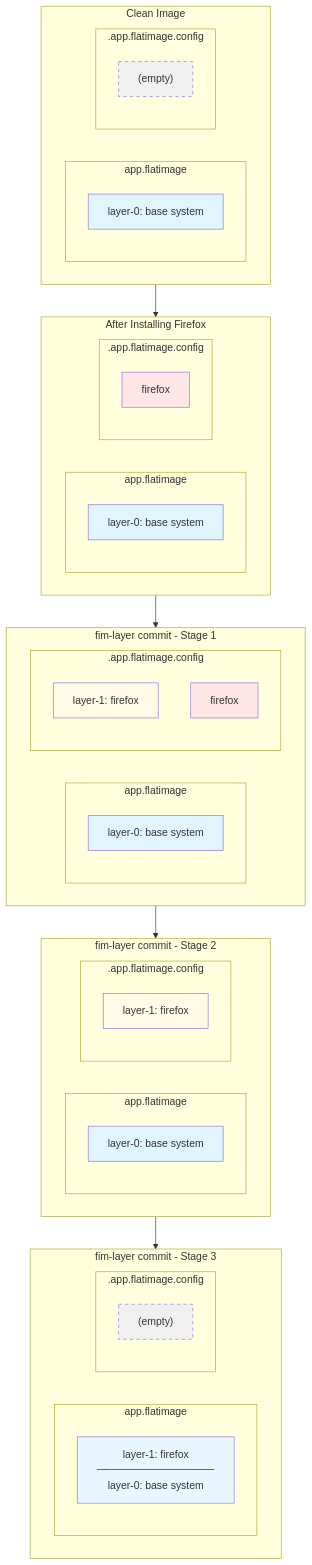
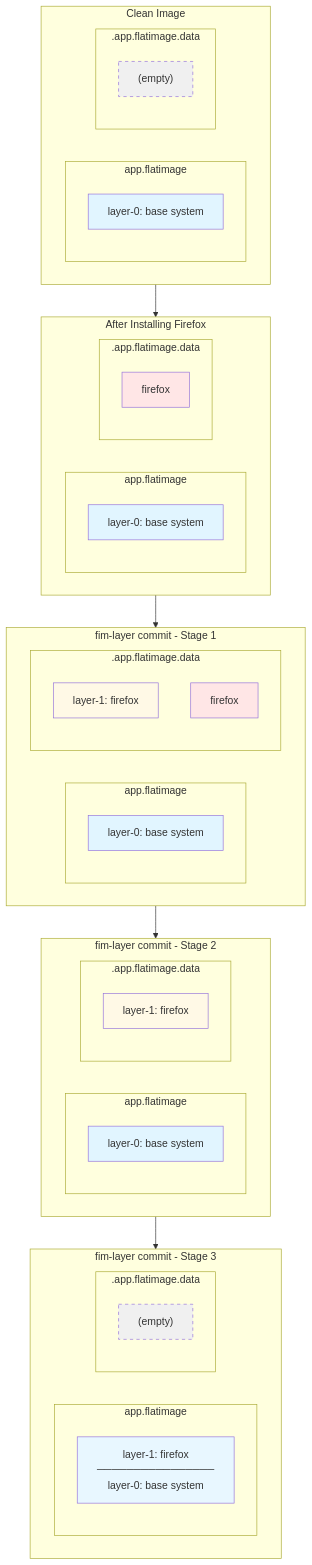
One commit to flatimage/flatimage changed the diagram in doc/mkdocs/docs/cmd/layer.md. Above: the diagram before and after it, drawn with Mermaid. The commit also changed other lines of this file and 20 other files, not shown here.

Commit message:
docs(mkdocs): New architecture details and zoomable diagrams

````diff
--- a/doc/mkdocs/docs/cmd/layer.md
+++ b/doc/mkdocs/docs/cmd/layer.md
@@ -110,71 +110,71 @@
 ```mermaid
 flowchart TD
     subgraph T1["Clean Image"]
         direction LR
         subgraph Binary1["app.flatimage"]
             L0_1["layer-0: base system"]
         end
-        subgraph Config1[".app.flatimage.config"]
+        subgraph Config1[".app.flatimage.data"]
             Empty1["(empty)"]
         end
     end
 
     subgraph T2["After Installing Firefox"]
         direction LR
         subgraph Binary2["app.flatimage"]
             L0_2["layer-0: base system"]
         end
-        subgraph Config2[".app.flatimage.config"]
+        subgraph Config2[".app.flatimage.data"]
             Firefox2["firefox"]
         end
     end
 
     subgraph T3["fim-layer commit - Stage 1"]
         direction LR
         subgraph Binary3["app.flatimage"]
             L0_3["layer-0: base system"]
         end
-        subgraph Config3[".app.flatimage.config"]
+        subgraph Config3[".app.flatimage.data"]
             direction TB
             Layer3["layer-1: firefox"]
             Firefox3["firefox"]
         end
     end
 
     subgraph T4["fim-layer commit - Stage 2"]
         direction LR
         subgraph Binary4["app.flatimage"]
             L0_4["layer-0: base system"]
         end
-        subgraph Config4[".app.flatimage.config"]
+        subgraph Config4[".app.flatimage.data"]
             Layer4["layer-1: firefox"]
         end
     end
 
     subgraph T5["fim-layer commit - Stage 3"]
         direction LR
         subgraph Binary5["app.flatimage"]
             Layers5["layer-1: firefox<br/>────────────────<br/>layer-0: base system"]
         end
-        subgraph Config5[".app.flatimage.config"]
+        subgraph Config5[".app.flatimage.data"]
             Empty5["(empty)"]
         end
     end
 
     T1 --> T2
     T2 --> T3
     T3 --> T4
     T4 --> T5
 
     style L0_1 fill:#e1f5ff
     style L0_2 fill:#e1f5ff
     style L0_3 fill:#e1f5ff
     style L0_4 fill:#e1f5ff
     style Layers5 fill:#e8f7ff
     style Firefox2 fill:#ffe6e6
     style Firefox3 fill:#ffe6e6
     style Layer3 fill:#fff9e6
     style Layer4 fill:#fff9e6
     style Empty1 fill:#f0f0f0,stroke-dasharray: 5 5
     style Empty5 fill:#f0f0f0,stroke-dasharray: 5 5
 ```
````
